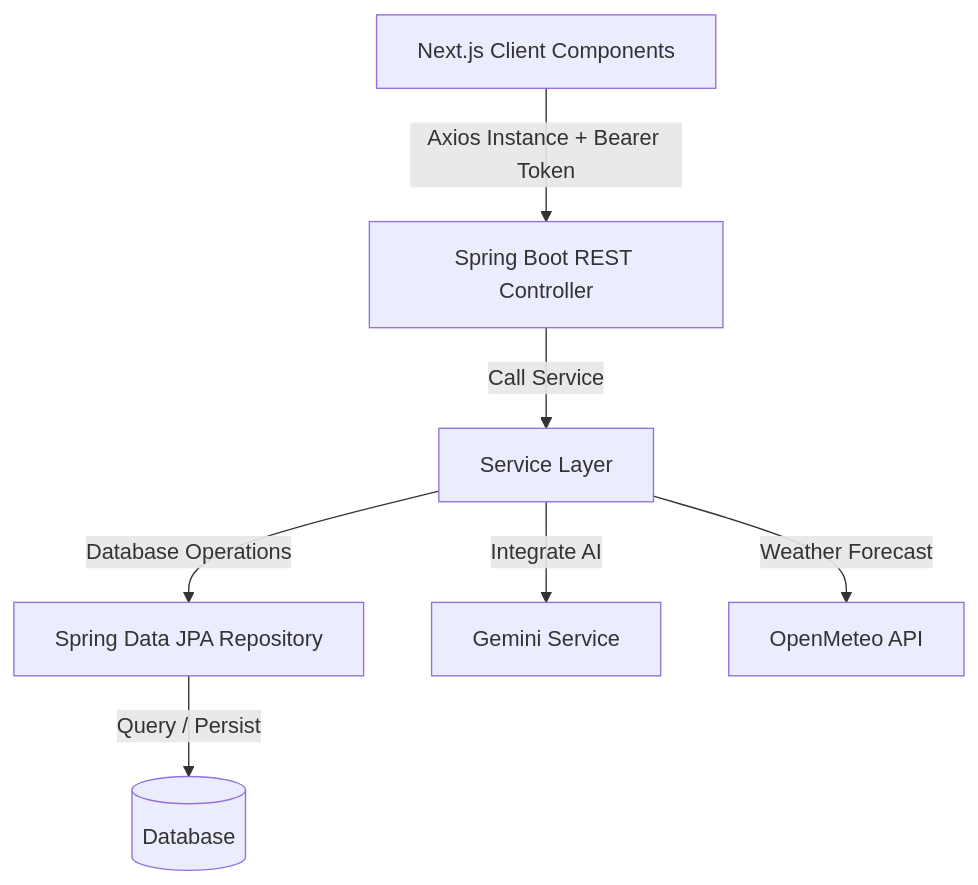
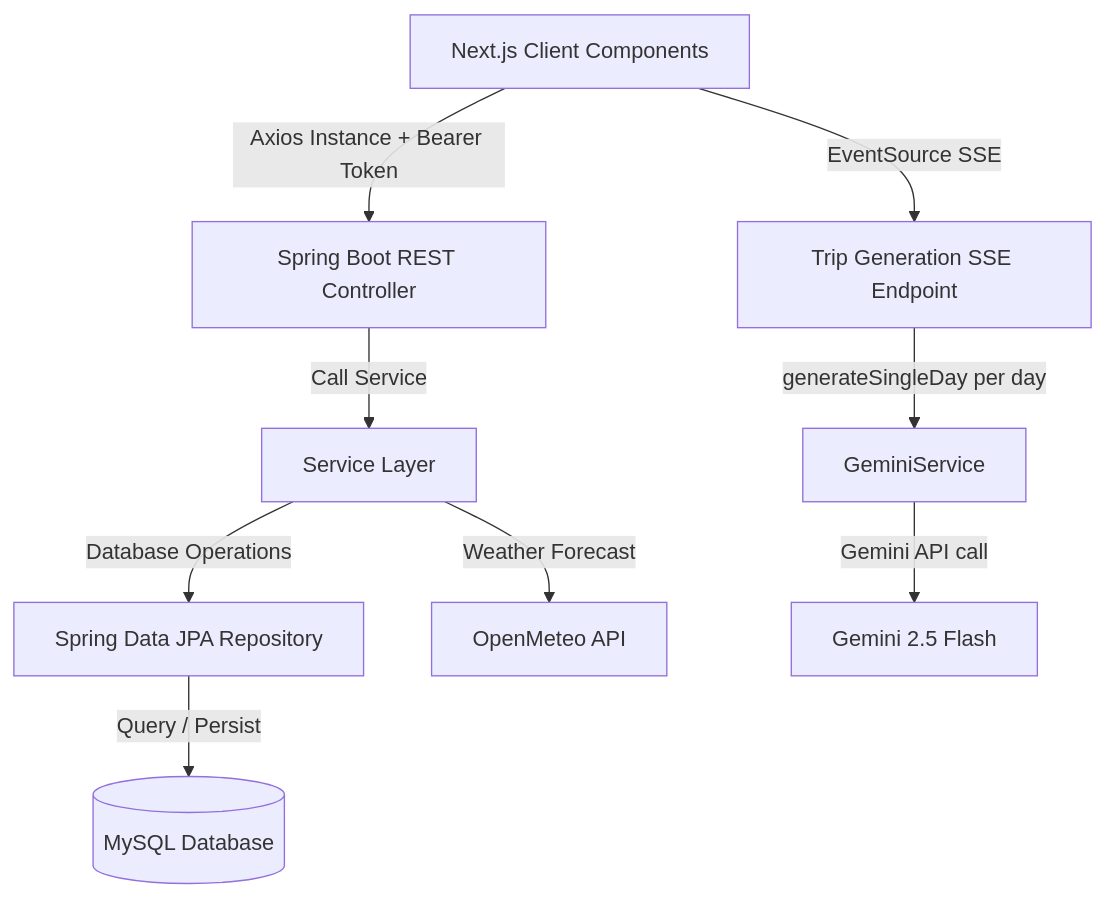
The diagram in .antigravity/rules.md (Nguyen-Sam-sheep-zzz/VoiAI_AITravelPlanner), drawn with Mermaid before and after one commit. The commit also changed other lines of this file and 88 other files, not shown here.

````diff
--- a/.antigravity/rules.md
+++ b/.antigravity/rules.md
@@ -103,9 +163,11 @@
 ```mermaid
 graph TD
     Client[Next.js Client Components] -->|Axios Instance + Bearer Token| Controller[Spring Boot REST Controller]
+    Client -->|EventSource SSE| SSEEndpoint[Trip Generation SSE Endpoint]
     Controller -->|Call Service| Service[Service Layer]
+    SSEEndpoint -->|generateSingleDay per day| GeminiService[GeminiService]
     Service -->|Database Operations| Repository[Spring Data JPA Repository]
-    Service -->|Integrate AI| Gemini[Gemini Service]
+    GeminiService -->|Gemini API call| Gemini[Gemini 2.5 Flash]
     Service -->|Weather Forecast| OpenMeteo[OpenMeteo API]
-    Repository -->|Query / Persist| DB[(Database)]
+    Repository -->|Query / Persist| DB[(MySQL Database)]
 ```
````
